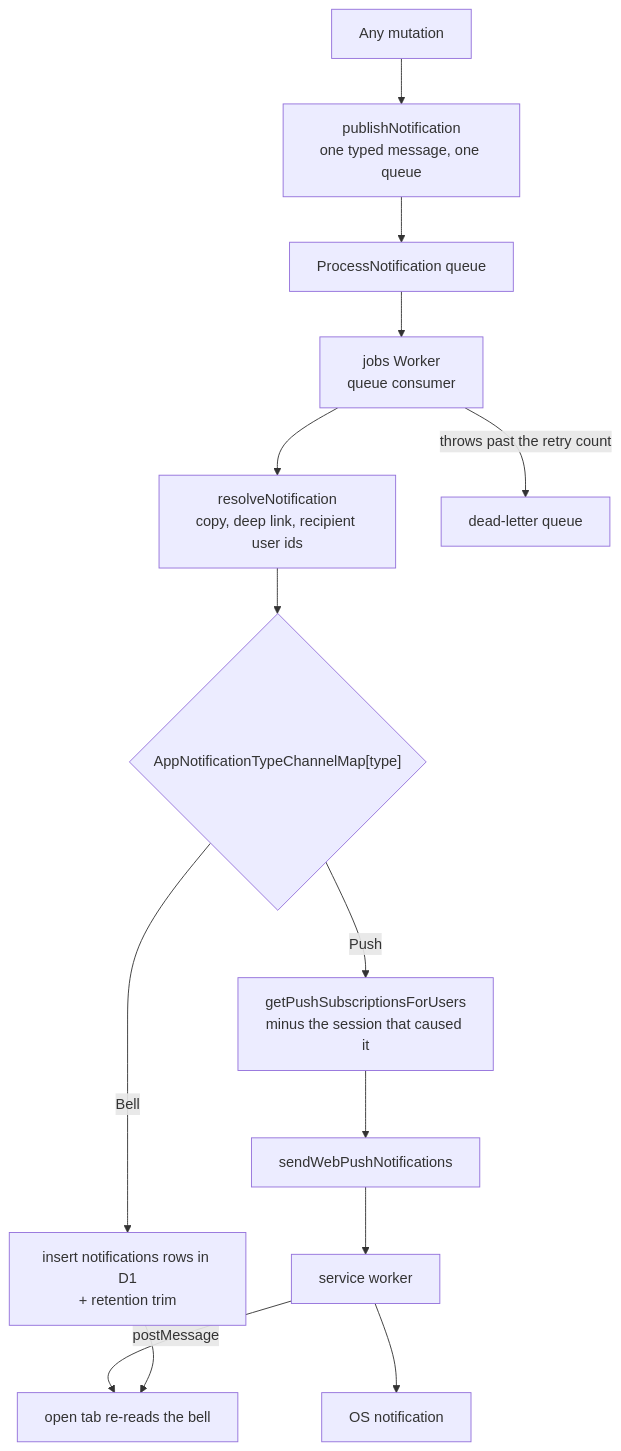
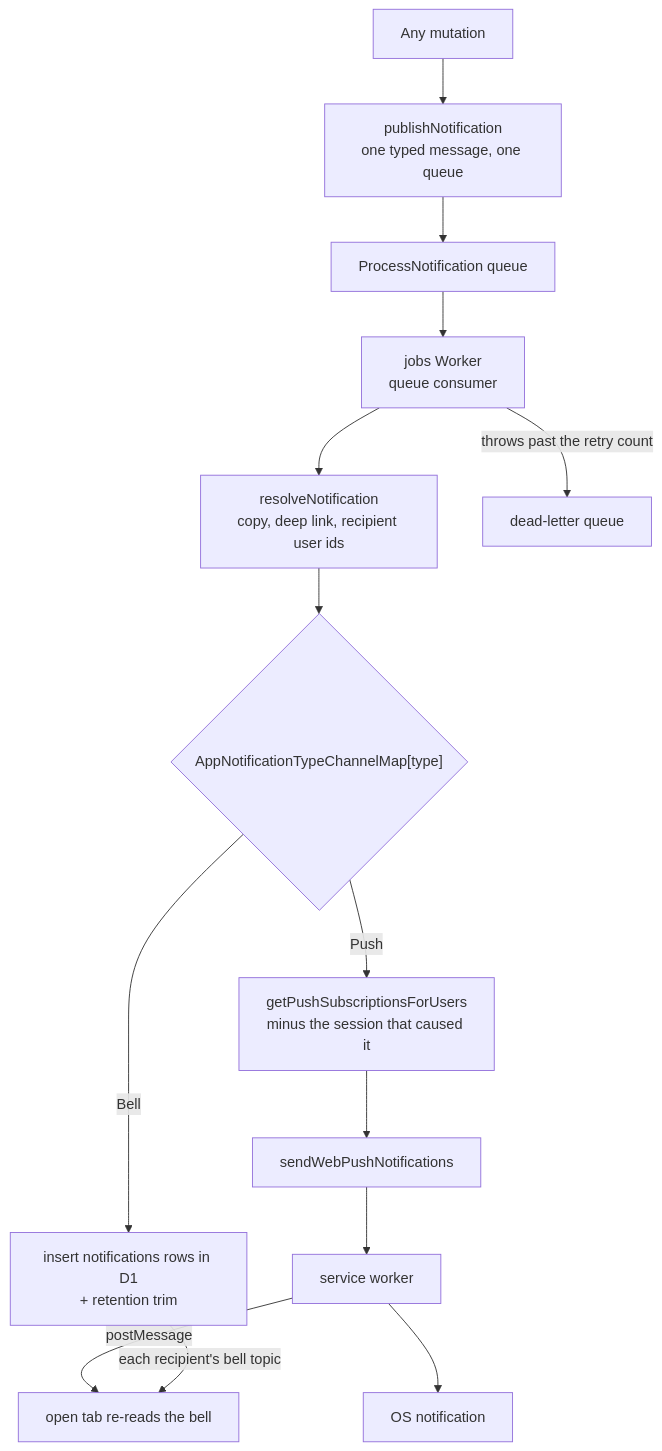
One commit to Esposter/Esposter changed the diagram in openspec/specs/architecture/notifications/design.md. Above: the diagram before and after it, drawn with Mermaid. The commit also changed other lines of this file and 31 other files, not shown here.

````diff
--- a/openspec/specs/architecture/notifications/design.md
+++ b/openspec/specs/architecture/notifications/design.md
@@ -9,16 +9,16 @@
 ```mermaid
 flowchart TD
   SRC["Any mutation"] --> PUB["publishNotification<br/>one typed message, one queue"]
   PUB --> Q["ProcessNotification queue"]
   Q --> FN["jobs Worker<br/>queue consumer"]
   FN --> RES["resolveNotification<br/>copy, deep link, recipient user ids"]
   RES --> POL{"AppNotificationTypeChannelMap[type]"}
   POL -->|Bell| ROW["insert notifications rows in D1<br/>+ retention trim"]
   POL -->|Push| SUB["getPushSubscriptionsForUsers<br/>minus the session that caused it"]
   SUB --> WP["sendWebPushNotifications"]
   WP --> SW["service worker"]
   SW --> OS["OS notification"]
   SW -->|postMessage| TAB["open tab re-reads the bell"]
-  ROW --> TAB
+  ROW -->|"each recipient's bell topic"| TAB
   FN -->|"throws past the retry count"| DLQ["dead-letter queue"]
 ```
````
